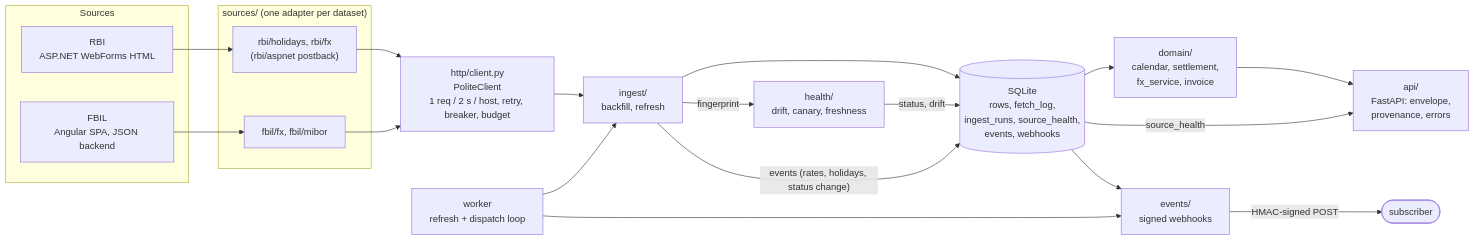
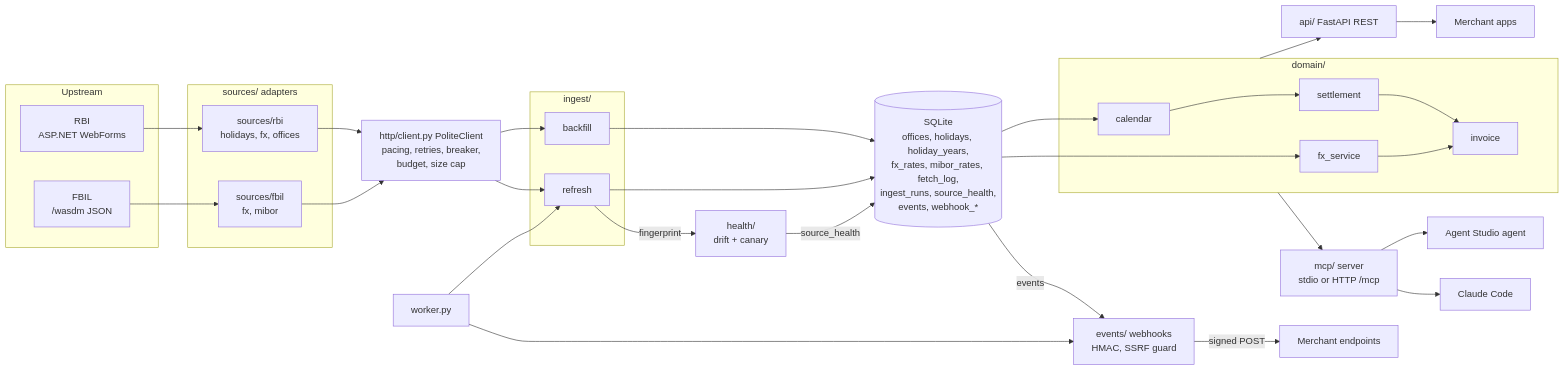
The diagram in docs/ARCHITECTURE.md (MohitGoyal09/india-merchant-data-api), drawn with Mermaid before and after one commit. The commit also changed other lines of this file and 2 other files, not shown here.

Commit message:
docs: Mermaid diagrams (architecture, flows, settlement, FX merge, data model) and current numbers in README

````diff
--- a/docs/ARCHITECTURE.md
+++ b/docs/ARCHITECTURE.md
@@ -13,37 +15,31 @@
 ```mermaid
 flowchart LR
-    subgraph Sources
-        RBI["RBI<br/>ASP.NET WebForms HTML"]
-        FBIL["FBIL<br/>Angular SPA, JSON backend"]
+    subgraph SRC["Upstream"]
+        RBI["RBI<br/>ASP.NET WebForms"]; FBIL["FBIL<br/>/wasdm JSON"]
     end
-
-    subgraph Adapters["sources/ (one adapter per dataset)"]
-        A1["rbi/holidays, rbi/fx<br/>(rbi/aspnet postback)"]
-        A2["fbil/fx, fbil/mibor"]
+    subgraph ADP["sources/ adapters"]
+        ARBI["sources/rbi<br/>holidays, fx, offices"]; AFBIL["sources/fbil<br/>fx, mibor"]
     end
-
-    PC["http/client.py<br/>PoliteClient<br/>1 req / 2 s / host, retry, breaker, budget"]
-    ING["ingest/<br/>backfill, refresh"]
-    DB[("SQLite<br/>rows, fetch_log,<br/>ingest_runs, source_health,<br/>events, webhooks")]
-    DOM["domain/<br/>calendar, settlement,<br/>fx_service, invoice"]
-    API["api/<br/>FastAPI: envelope,<br/>provenance, errors"]
-    HEALTH["health/<br/>drift, canary, freshness"]
-    EV["events/<br/>signed webhooks"]
-    WK["worker<br/>refresh + dispatch loop"]
-
-    RBI --> A1
-    FBIL --> A2
-    A1 --> PC
-    A2 --> PC
-    PC --> ING
-    ING --> DB
-    DB --> DOM --> API
-    ING -- fingerprint --> HEALTH
-    HEALTH -- status, drift --> DB
-    DB -- source_health --> API
-    ING -- "events (rates, holidays, status change)" --> DB
-    DB --> EV
-    WK --> ING
-    WK --> EV
-    EV -- "HMAC-signed POST" --> OUT(["subscriber"])
+    PC["http/client.py PoliteClient<br/>pacing, retries, breaker,<br/>budget, size cap"]
+    subgraph ING["ingest/"]
+        BF["backfill"]; RF["refresh"]
+    end
+    WK["worker.py"]
+    DB[("SQLite<br/>offices, holidays, holiday_years,<br/>fx_rates, mibor_rates, fetch_log,<br/>ingest_runs, source_health,<br/>events, webhook_*")]
+    HEALTH["health/<br/>drift + canary"]
+    subgraph DOM["domain/"]
+        CAL["calendar"]; SET["settlement"]; FX["fx_service"]; INV["invoice"]
+    end
+    API["api/ FastAPI REST"]; MCP["mcp/ server<br/>stdio or HTTP /mcp"]
+    WH["events/ webhooks<br/>HMAC, SSRF guard"]; OUT["Merchant endpoints"]
+    RBI --> ARBI --> PC
+    FBIL --> AFBIL --> PC
+    PC --> BF & RF --> DB
+    WK --> RF & WH
+    RF -- fingerprint --> HEALTH -- source_health --> DB
+    DB --> CAL --> SET --> INV
+    DB --> FX --> INV
+    DOM --> API --> MER["Merchant apps"]
+    DOM --> MCP --> AGT["Agent Studio agent"] & CC["Claude Code"]
+    DB -- events --> WH -- "signed POST" --> OUT
 ```
````
